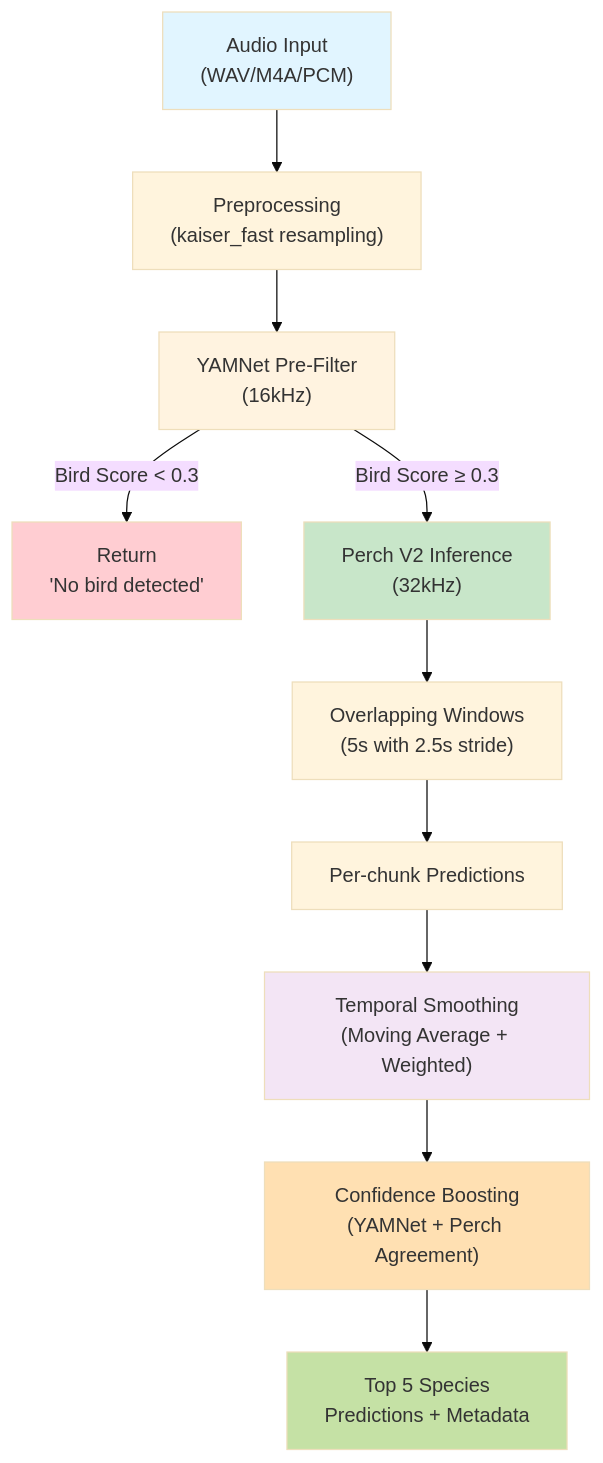
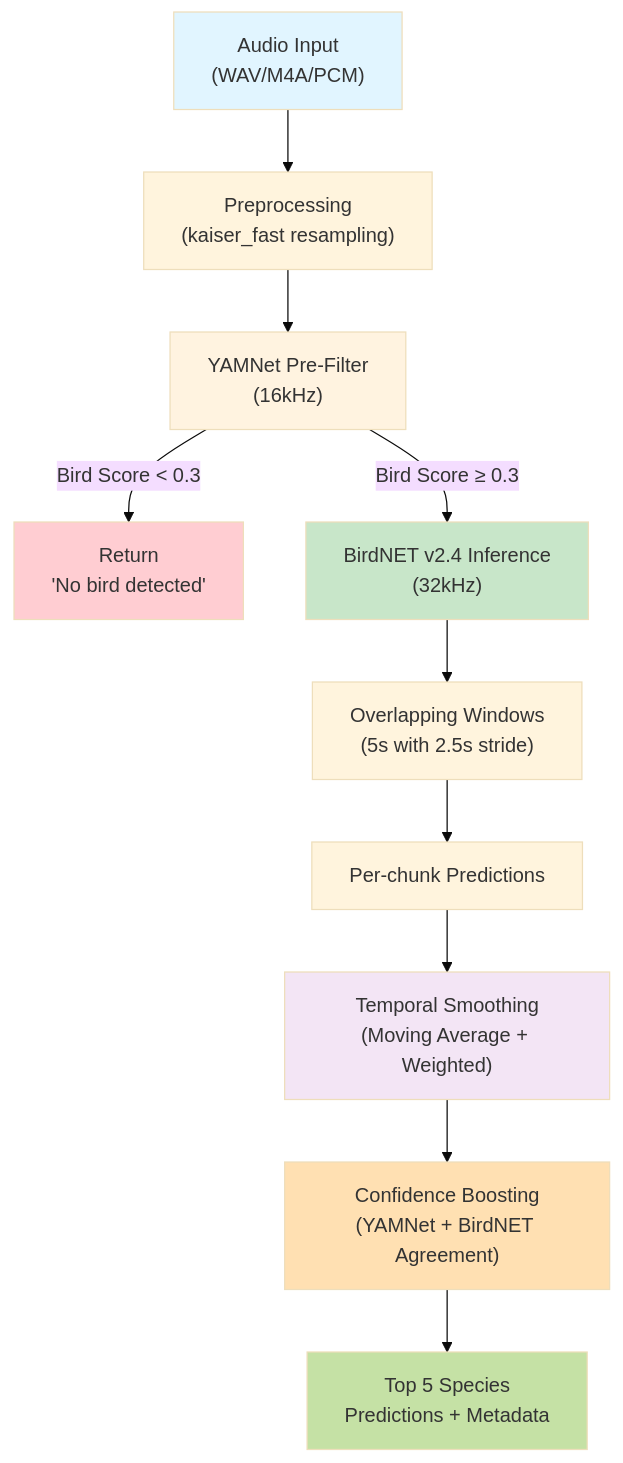
One commit to project-soundscape/soundscape-ai changed the second of 13 diagrams in COMPREHENSIVE_DOCUMENTATION.md. Above: the diagram before and after it, drawn with Mermaid (base theme). The commit also changed other lines of this file, not shown here.

````diff
--- a/COMPREHENSIVE_DOCUMENTATION.md
+++ b/COMPREHENSIVE_DOCUMENTATION.md
@@ -276,20 +276,20 @@
 ```mermaid
 flowchart TD
     A["Audio Input<br/>(WAV/M4A/PCM)"] --> B["Preprocessing<br/>(kaiser_fast resampling)"]
     B --> C["YAMNet Pre-Filter<br/>(16kHz)"]
     C -->|"Bird Score < 0.3"| D["Return<br/>'No bird detected'"]
-    C -->|"Bird Score ≥ 0.3"| E["Perch V2 Inference<br/>(32kHz)"]
+    C -->|"Bird Score ≥ 0.3"| E["BirdNET v2.4 Inference<br/>(32kHz)"]
     E --> F["Overlapping Windows<br/>(5s with 2.5s stride)"]
     F --> G["Per-chunk Predictions"]
     G --> H["Temporal Smoothing<br/>(Moving Average + Weighted)"]
-    H --> I["Confidence Boosting<br/>(YAMNet + Perch Agreement)"]
+    H --> I["Confidence Boosting<br/>(YAMNet + BirdNET Agreement)"]
     I --> J["Top 5 Species<br/>Predictions + Metadata"]
     
     style A fill:#e1f5ff
     style C fill:#fff3e0
     style D fill:#ffcdd2
     style E fill:#c8e6c9
     style H fill:#f3e5f5
     style I fill:#ffe0b2
     style J fill:#c5e1a5
 ```
````
